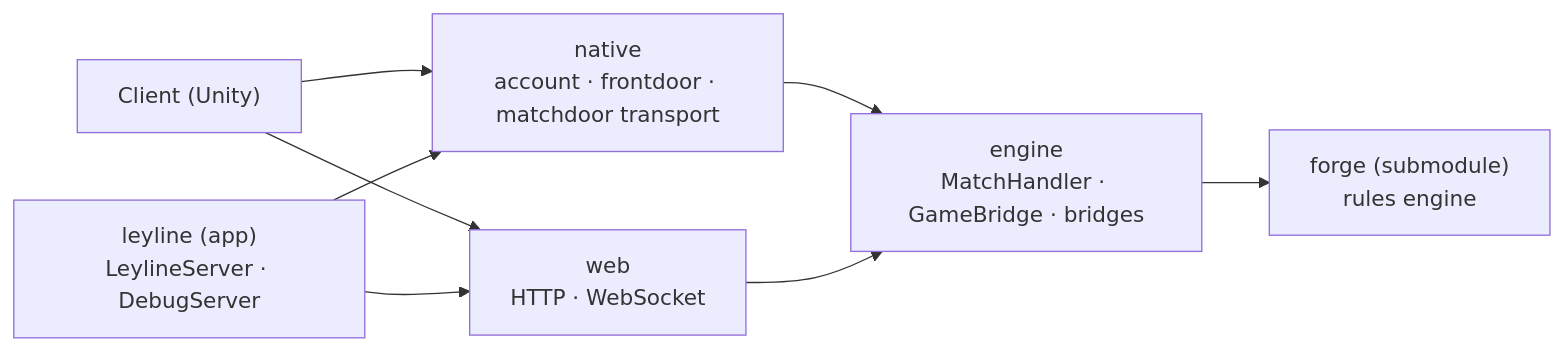
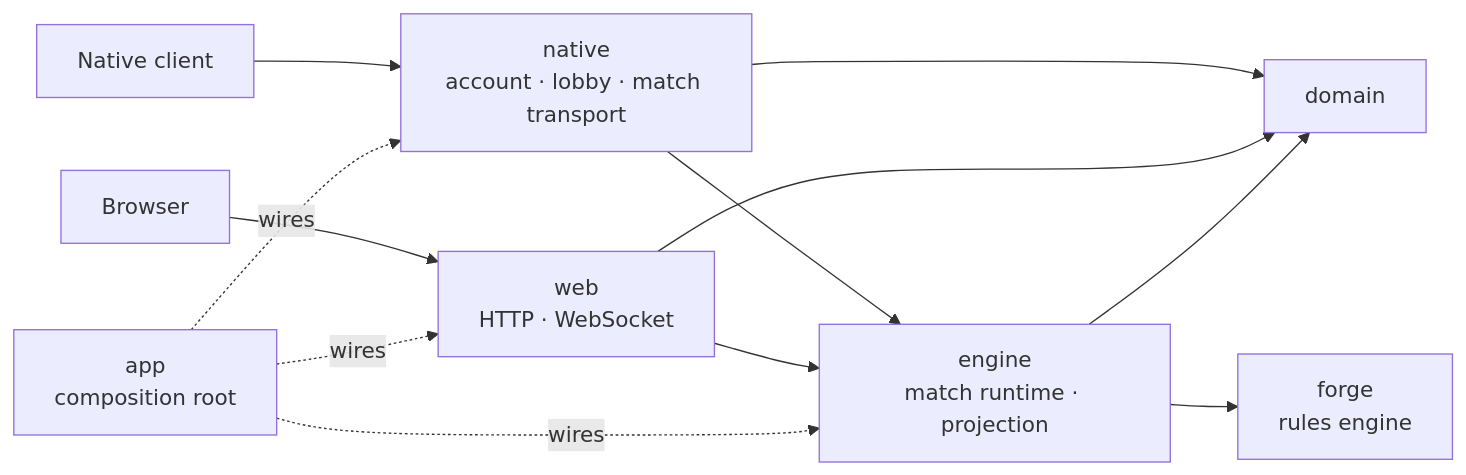
Before and after one commit to delebedev/leyline: the first of 4 diagrams in docs/architecture.md, drawn with Mermaid. The commit also changed other lines of this file and 13 other files, not shown here.

Commit message:
docs: consolidate architecture narrative (#404)

````diff
--- a/docs/architecture.md
+++ b/docs/architecture.md
@@ -33,17 +17,14 @@
 ```mermaid
-graph LR
-    CLIENT["Client (Unity)"]
-    NATIVE["native<br/>account · frontdoor · matchdoor transport"]
-    WEB["web<br/>HTTP · WebSocket"]
-    ENGINE["engine<br/>MatchHandler · GameBridge · bridges"]
-    APP["leyline (app)<br/>LeylineServer · DebugServer"]
-    FORGE["forge (submodule)<br/>rules engine"]
-
-    CLIENT --> NATIVE
-    CLIENT --> WEB
-    APP --> NATIVE
-    APP --> WEB
-    NATIVE --> ENGINE
-    WEB --> ENGINE
-    ENGINE --> FORGE
+flowchart LR
+    NC["Native client"] --> N["native<br/>account · lobby · match transport"]
+    B["Browser"] --> W["web<br/>HTTP · WebSocket"]
+    N --> E["engine<br/>match runtime · projection"]
+    W --> E
+    N --> D["domain"]
+    W --> D
+    E --> D
+    E --> F["forge<br/>rules engine"]
+    A["app<br/>composition root"] -. "wires" .-> N
+    A -. "wires" .-> W
+    A -. "wires" .-> E
 ```
````
